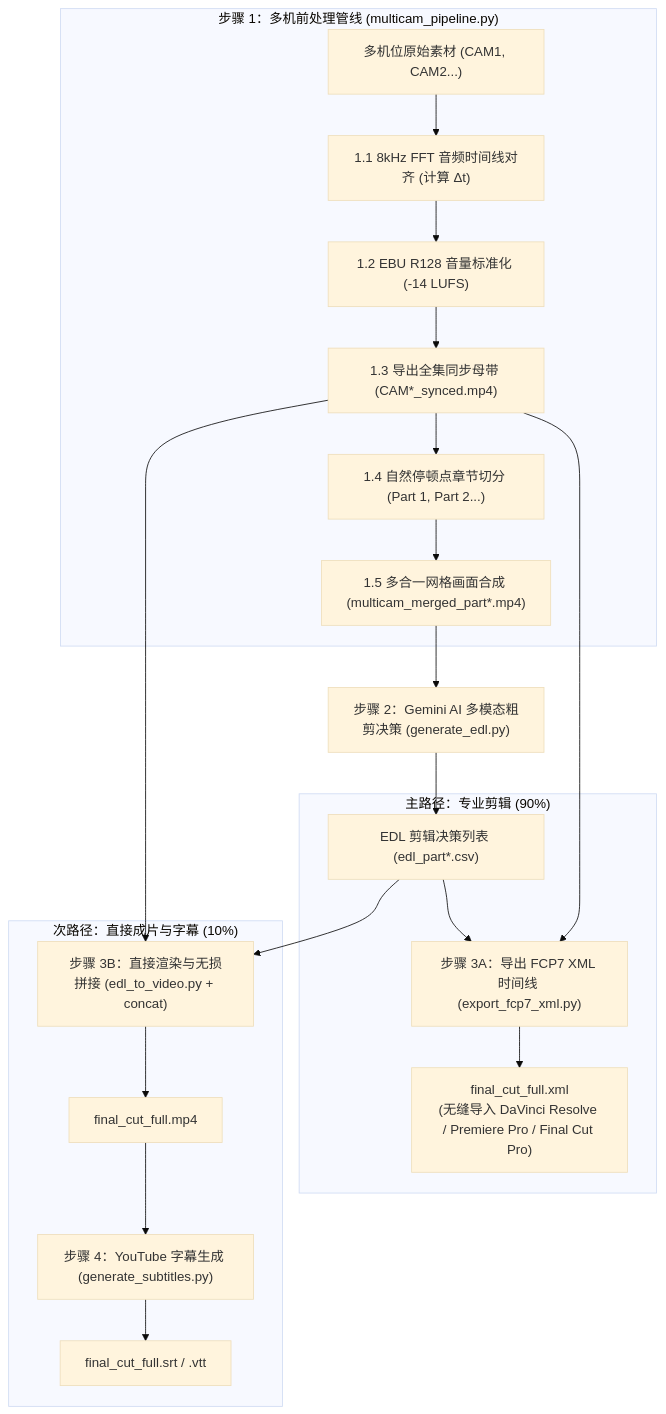
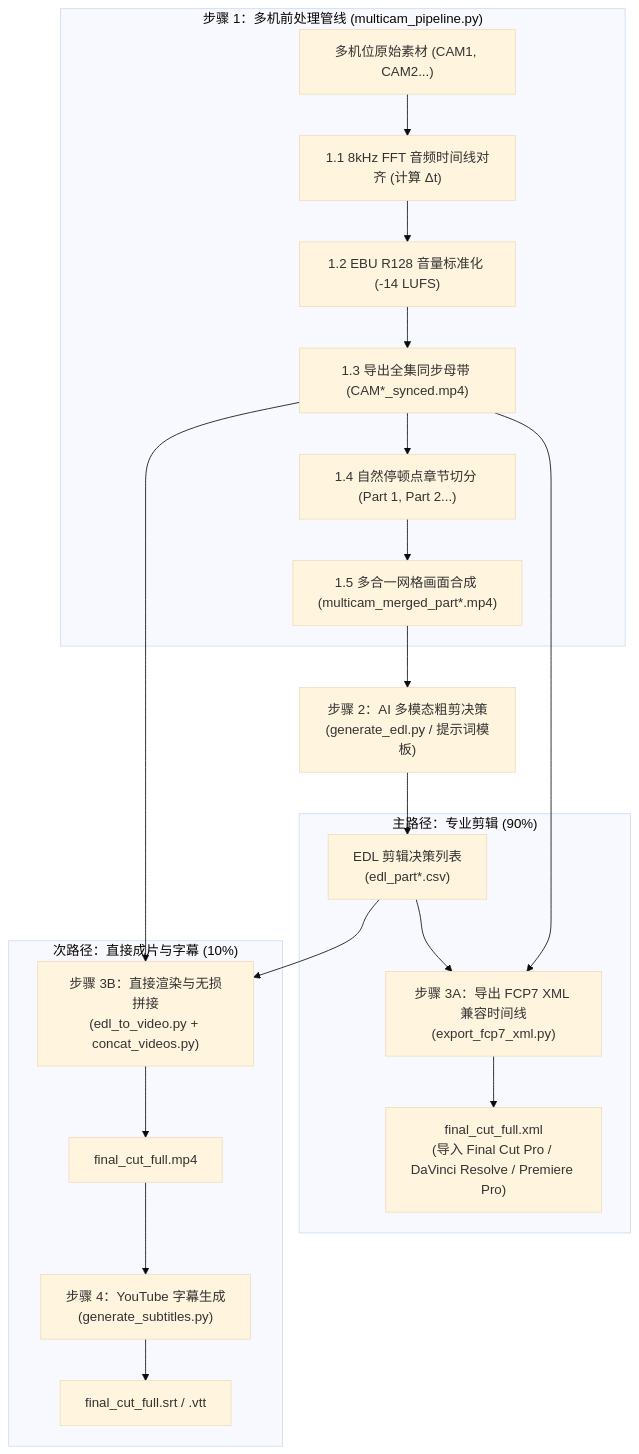
The diagram in README.zh-CN.md (sylphlin/multicam-video-preprocessing), drawn with Mermaid (base theme) before and after one commit. The commit also changed other lines of this file and 8 other files, not shown here.

````diff
--- a/README.zh-CN.md
+++ b/README.zh-CN.md
@@ -55,27 +55,27 @@
 ```mermaid
 flowchart TD
     subgraph S1["步骤 1：多机前处理管线 (multicam_pipeline.py)"]
         A["多机位原始素材 (CAM1, CAM2...)"] --> S1_1["1.1 8kHz FFT 音频时间线对齐 (计算 Δt)"]
         S1_1 --> S1_2["1.2 EBU R128 音量标准化 (-14 LUFS)"]
         S1_2 --> S1_3["1.3 导出全集同步母带 (CAM*_synced.mp4)"]
         S1_3 --> S1_4["1.4 自然停顿点章节切分 (Part 1, Part 2...)"]
         S1_4 --> S1_5["1.5 多合一网格画面合成 (multicam_merged_part*.mp4)"]
     end
 
-    S1_5 --> S2["步骤 2：Gemini AI 多模态粗剪决策 (generate_edl.py)"]
-    S2 --> EDL["EDL 剪辑决策列表 (edl_part*.csv)"]
+    S1_5 --> S2["步骤 2：AI 多模态粗剪决策<br/>(generate_edl.py / 提示词模板)"]
+    S2 --> EDL["EDL 剪辑决策列表<br/>(edl_part*.csv)"]
 
     subgraph S3A["主路径：专业剪辑 (90%)"]
-        S1_3 --> S3A_ACT["步骤 3A：导出 FCP7 XML 时间线 (export_fcp7_xml.py)"]
+        S1_3 --> S3A_ACT["步骤 3A：导出 FCP7 XML 兼容时间线<br/>(export_fcp7_xml.py)"]
         EDL --> S3A_ACT
-        S3A_ACT --> XML["final_cut_full.xml<br/>(无缝导入 DaVinci Resolve / Premiere Pro / Final Cut Pro)"]
+        S3A_ACT --> XML["final_cut_full.xml<br/>(导入 Final Cut Pro / DaVinci Resolve / Premiere Pro)"]
     end
 
     subgraph S3B["次路径：直接成片与字幕 (10%)"]
-        S1_3 --> S3B_ACT["步骤 3B：直接渲染与无损拼接 (edl_to_video.py + concat)"]
+        S1_3 --> S3B_ACT["步骤 3B：直接渲染与无损拼接<br/>(edl_to_video.py + concat_videos.py)"]
         EDL --> S3B_ACT
         S3B_ACT --> MP4["final_cut_full.mp4"]
-        MP4 --> S4["步骤 4：YouTube 字幕生成 (generate_subtitles.py)"]
+        MP4 --> S4["步骤 4：YouTube 字幕生成<br/>(generate_subtitles.py)"]
         S4 --> SRT["final_cut_full.srt / .vtt"]
     end
 ```
````
